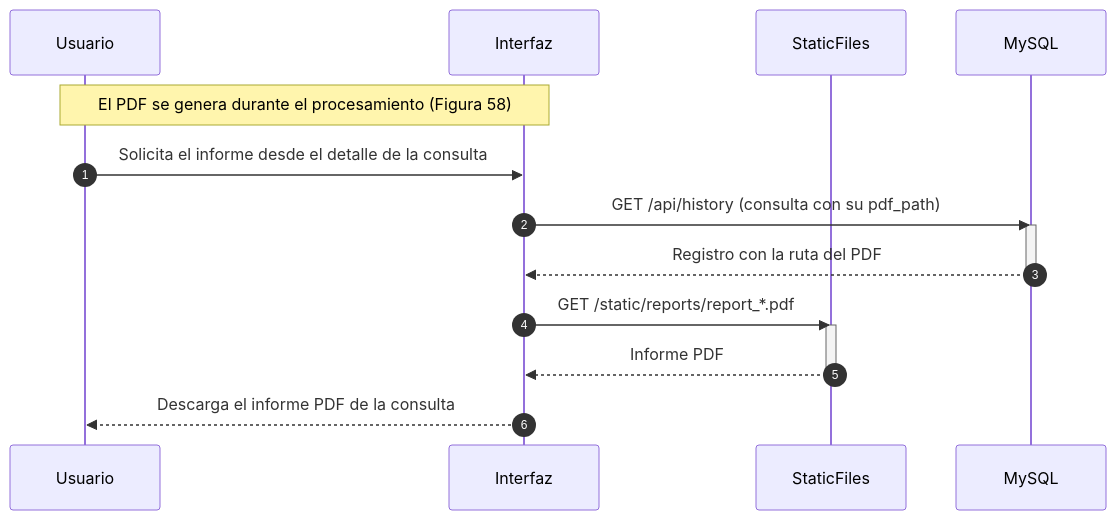
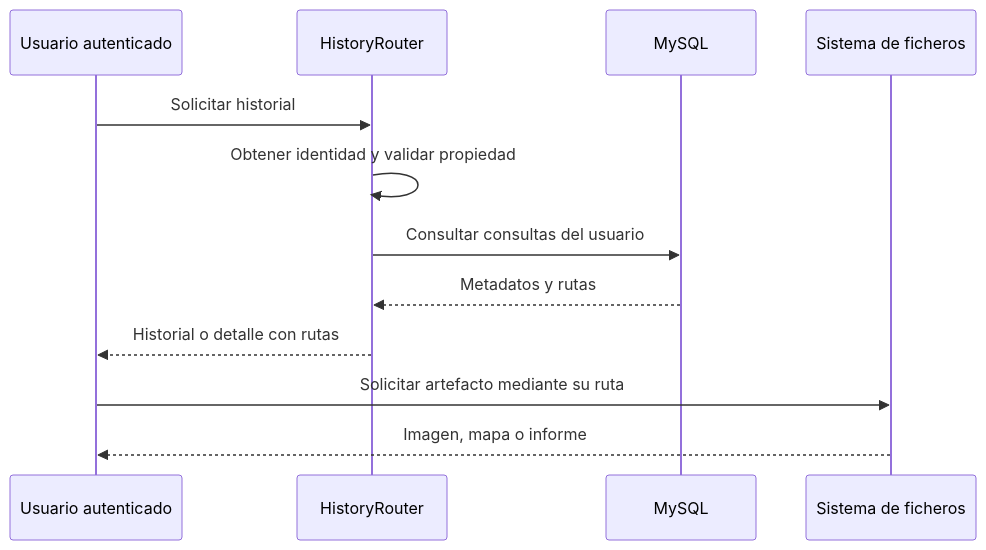
Before and after one commit to eLeCe2611/vitalXAI: the third of 6 diagrams in Documentacion/Capitulo20_Diseno_de_Casos_de_Uso.md, drawn with Mermaid. The commit also changed other lines of this file and 42 other files, not shown here.

````diff
--- a/Documentacion/Capitulo20_Diseno_de_Casos_de_Uso.md
+++ b/Documentacion/Capitulo20_Diseno_de_Casos_de_Uso.md
@@ -589,20 +84,14 @@
 ```mermaid
 sequenceDiagram
-    autonumber
-    participant U as Usuario
-    participant I as Interfaz
-    participant F as StaticFiles
-    participant BD as MySQL
-
-    Note over U,I: El PDF se genera durante el procesamiento (Figura 58)
-    U->>I: Solicita el informe desde el detalle de la consulta
-    I->>BD: GET /api/history (consulta con su pdf_path)
-    activate BD
-    BD-->>I: Registro con la ruta del PDF
-    deactivate BD
-    I->>F: GET /static/reports/report_*.pdf
-    activate F
-    F-->>I: Informe PDF
-    deactivate F
-    I-->>U: Descarga el informe PDF de la consulta
+    participant U as Usuario autenticado
+    participant R as HistoryRouter
+    participant DB as MySQL
+    participant FS as Sistema de ficheros
+    U->>R: Solicitar historial
+    R->>R: Obtener identidad y validar propiedad
+    R->>DB: Consultar consultas del usuario
+    DB-->>R: Metadatos y rutas
+    R-->>U: Historial o detalle con rutas
+    U->>FS: Solicitar artefacto mediante su ruta
+    FS-->>U: Imagen, mapa o informe
 ```
````
